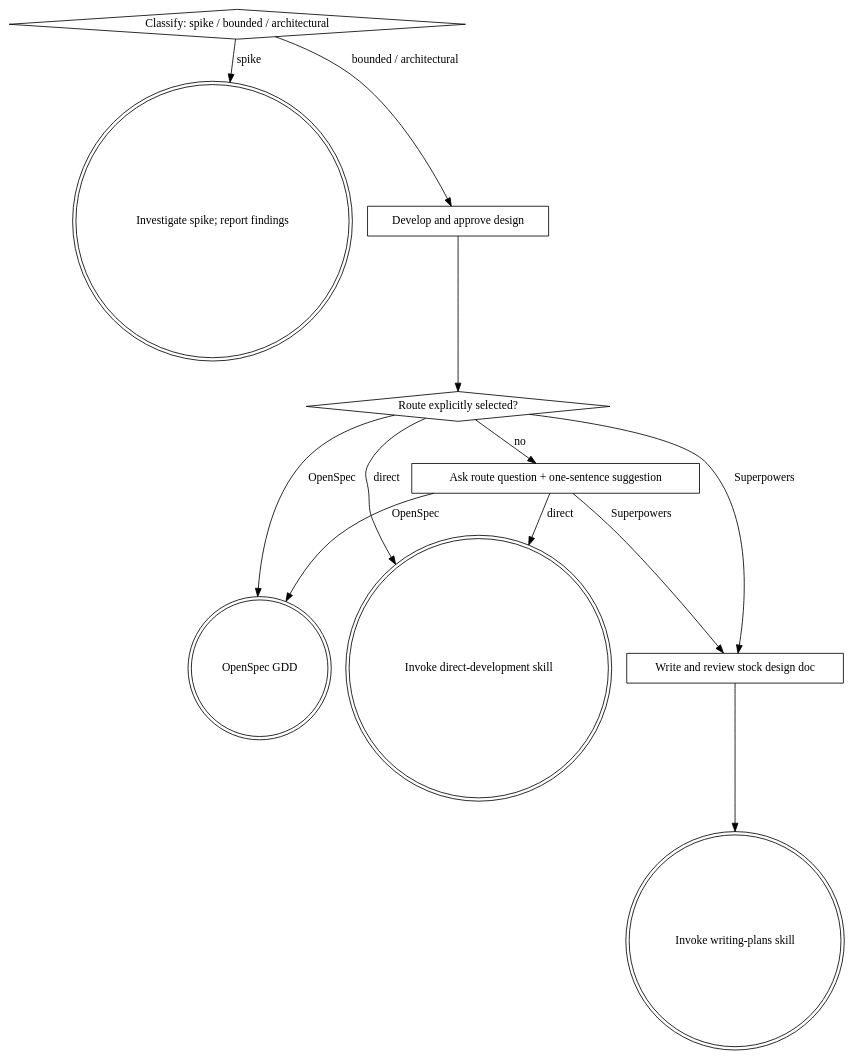
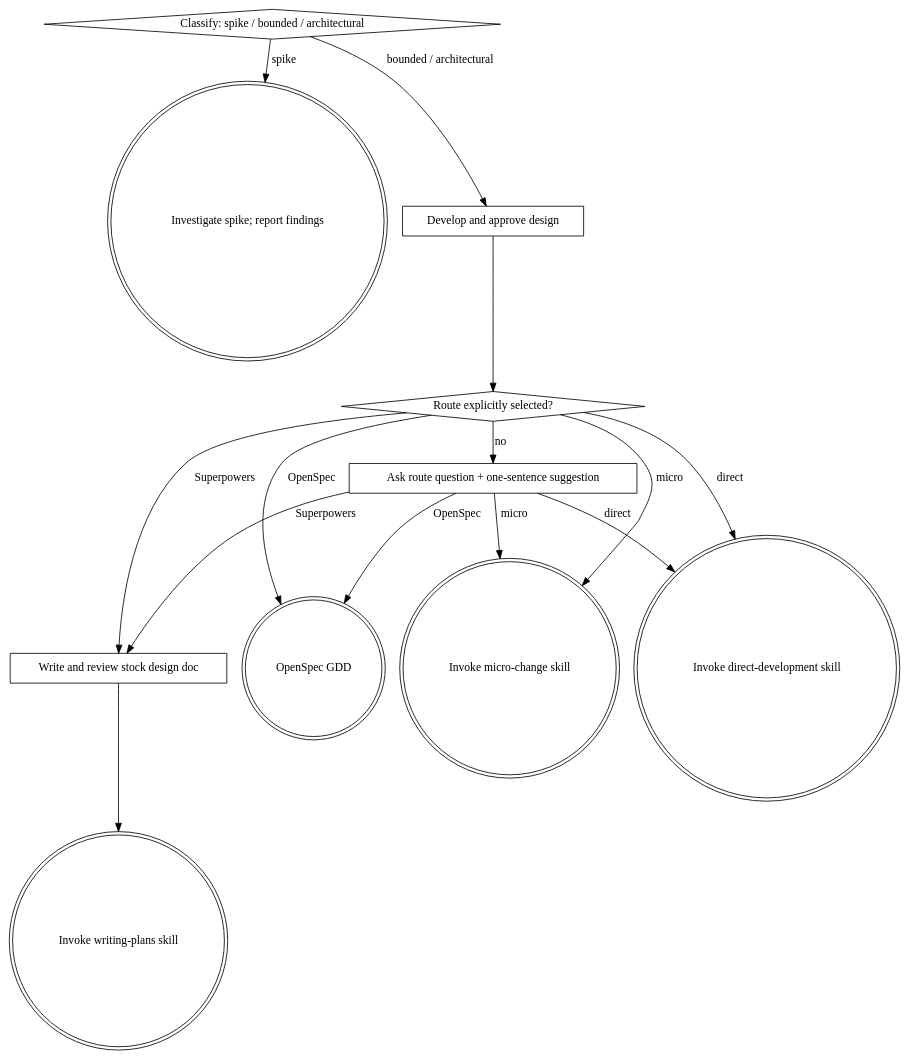
The diagram in skills/brainstorming/SKILL.md (bmurgic/superpowers), drawn with Graphviz before and after one commit. The commit also changed other lines of this file and 6 other files, not shown here.

Commit message:
feat(workflow): add micro change route

````diff
--- a/skills/brainstorming/SKILL.md
+++ b/skills/brainstorming/SKILL.md
@@ -153,25 +162,28 @@
 ```dot
 digraph brainstorming {
     "Classify: spike / bounded / architectural" [shape=diamond];
     "Investigate spike; report findings" [shape=doublecircle];
     "Develop and approve design" [shape=box];
     "Route explicitly selected?" [shape=diamond];
     "Ask route question + one-sentence suggestion" [shape=box];
     "OpenSpec GDD" [shape=doublecircle];
     "Write and review stock design doc" [shape=box];
     "Invoke writing-plans skill" [shape=doublecircle];
     "Invoke direct-development skill" [shape=doublecircle];
+    "Invoke micro-change skill" [shape=doublecircle];
 
     "Classify: spike / bounded / architectural" -> "Investigate spike; report findings" [label="spike"];
     "Classify: spike / bounded / architectural" -> "Develop and approve design" [label="bounded / architectural"];
     "Develop and approve design" -> "Route explicitly selected?";
     "Route explicitly selected?" -> "Ask route question + one-sentence suggestion" [label="no"];
     "Route explicitly selected?" -> "OpenSpec GDD" [label="OpenSpec"];
     "Route explicitly selected?" -> "Write and review stock design doc" [label="Superpowers"];
     "Route explicitly selected?" -> "Invoke direct-development skill" [label="direct"];
+    "Route explicitly selected?" -> "Invoke micro-change skill" [label="micro"];
     "Ask route question + one-sentence suggestion" -> "OpenSpec GDD" [label="OpenSpec"];
     "Ask route question + one-sentence suggestion" -> "Write and review stock design doc" [label="Superpowers"];
     "Ask route question + one-sentence suggestion" -> "Invoke direct-development skill" [label="direct"];
+    "Ask route question + one-sentence suggestion" -> "Invoke micro-change skill" [label="micro"];
     "Write and review stock design doc" -> "Invoke writing-plans skill";
 }
 ```
````
